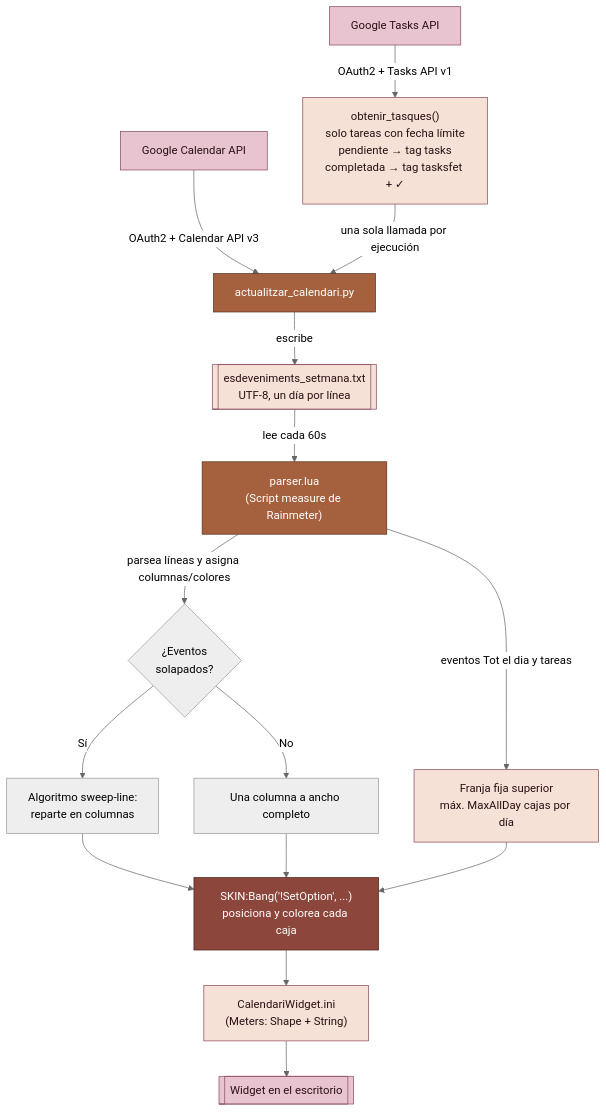
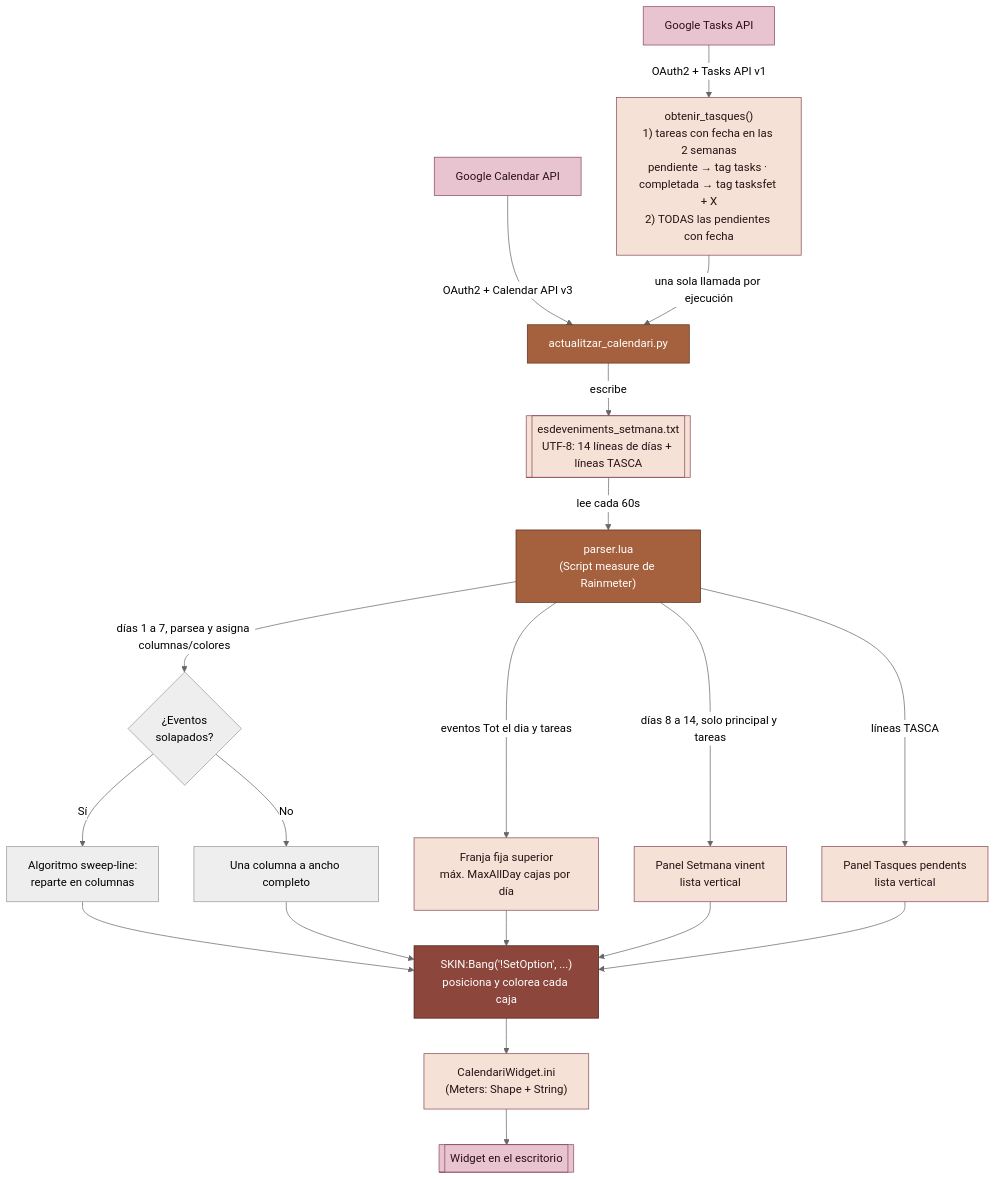
One commit to NuriaRodriguezPardo/Widget-Calendario changed the diagram in README.md. Above: the diagram before and after it, drawn with Mermaid (neutral theme). The commit also changed other lines of this file and 5 other files, not shown here.

````diff
--- a/README.md
+++ b/README.md
@@ -25,28 +28,34 @@
 ```mermaid
 flowchart TD
     A[Google Calendar API] -->|OAuth2 + Calendar API v3| B["actualitzar_calendari.py"]
-    A2[Google Tasks API] -->|OAuth2 + Tasks API v1| T["obtenir_tasques()<br/>solo tareas con fecha límite<br/>pendiente → tag tasks<br/>completada → tag tasksfet + ✓"]
+    A2[Google Tasks API] -->|OAuth2 + Tasks API v1| T["obtenir_tasques()<br/>1) tareas con fecha en las 2 semanas<br/>pendiente → tag tasks · completada → tag tasksfet + X<br/>2) TODAS las pendientes con fecha"]
     T -->|una sola llamada por ejecución| B
-    B -->|escribe| C[["esdeveniments_setmana.txt"<br/>UTF-8, un día por línea]]
+    B -->|escribe| C[["esdeveniments_setmana.txt<br/>UTF-8: 14 líneas de días + líneas TASCA"]]
     C -->|lee cada 60s| D["parser.lua<br/>(Script measure de Rainmeter)"]
-    D -->|parsea líneas y asigna columnas/colores| E{"¿Eventos<br/>solapados?"}
+    D -->|días 1 a 7, parsea y asigna columnas/colores| E{"¿Eventos<br/>solapados?"}
     E -->|Sí| F[Algoritmo sweep-line:<br/>reparte en columnas]
     E -->|No| G[Una columna a ancho completo]
     D -->|eventos Tot el dia y tareas| K[Franja fija superior<br/>máx. MaxAllDay cajas por día]
+    D -->|días 8 a 14, solo principal y tareas| P1["Panel Setmana vinent<br/>lista vertical"]
+    D -->|líneas TASCA| P2["Panel Tasques pendents<br/>lista vertical"]
     F --> H["SKIN:Bang('!SetOption', ...)<br/>posiciona y colorea cada caja"]
     G --> H
     K --> H
+    P1 --> H
+    P2 --> H
     H --> I["CalendariWidget.ini<br/>(Meters: Shape + String)"]
     I --> J[["Widget en el escritorio"]]
- 
+
     style A fill:#e8c4d0,stroke:#8a4a5c,color:#2a1015
     style A2 fill:#e8c4d0,stroke:#8a4a5c,color:#2a1015
     style T fill:#f5e1d5,stroke:#8a4a5c,color:#2a1015
     style B fill:#a5613e,stroke:#5a2f1e,color:#fff
     style C fill:#f5e1d5,stroke:#8a4a5c,color:#2a1015
     style D fill:#a5613e,stroke:#5a2f1e,color:#fff
     style K fill:#f5e1d5,stroke:#8a4a5c,color:#2a1015
+    style P1 fill:#f5e1d5,stroke:#8a4a5c,color:#2a1015
+    style P2 fill:#f5e1d5,stroke:#8a4a5c,color:#2a1015
     style H fill:#8c463c,stroke:#4a2018,color:#fff
     style I fill:#f5e1d5,stroke:#8a4a5c,color:#2a1015
     style J fill:#e8c4d0,stroke:#8a4a5c,color:#2a1015
 ```
````
